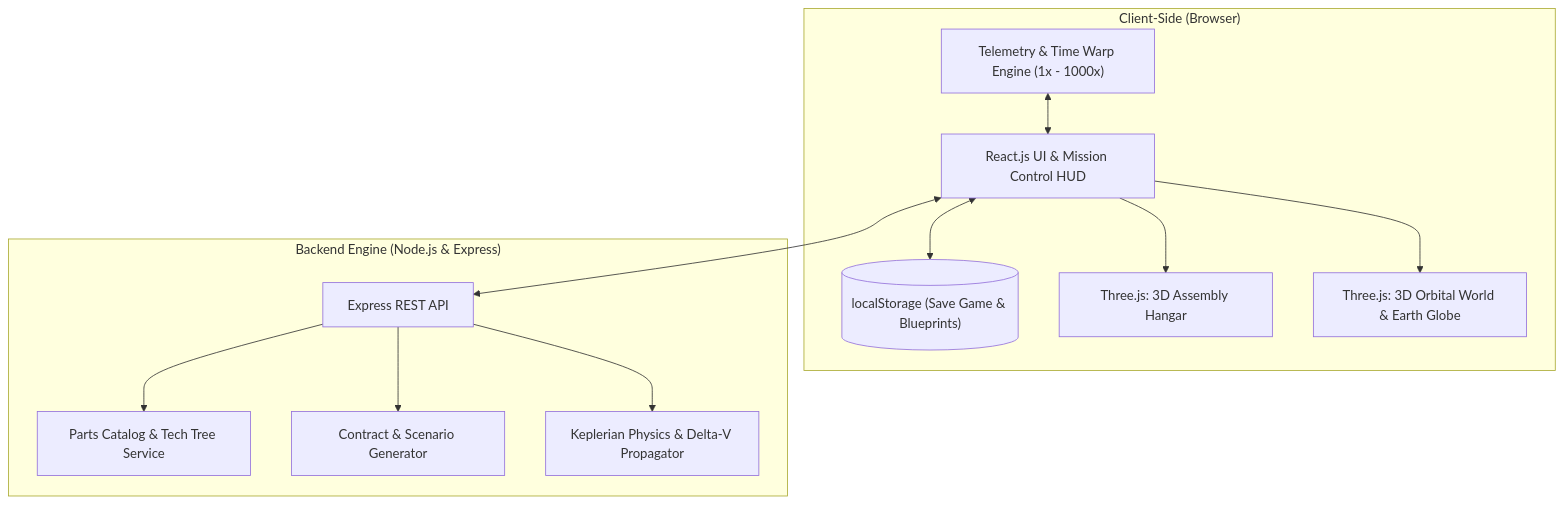
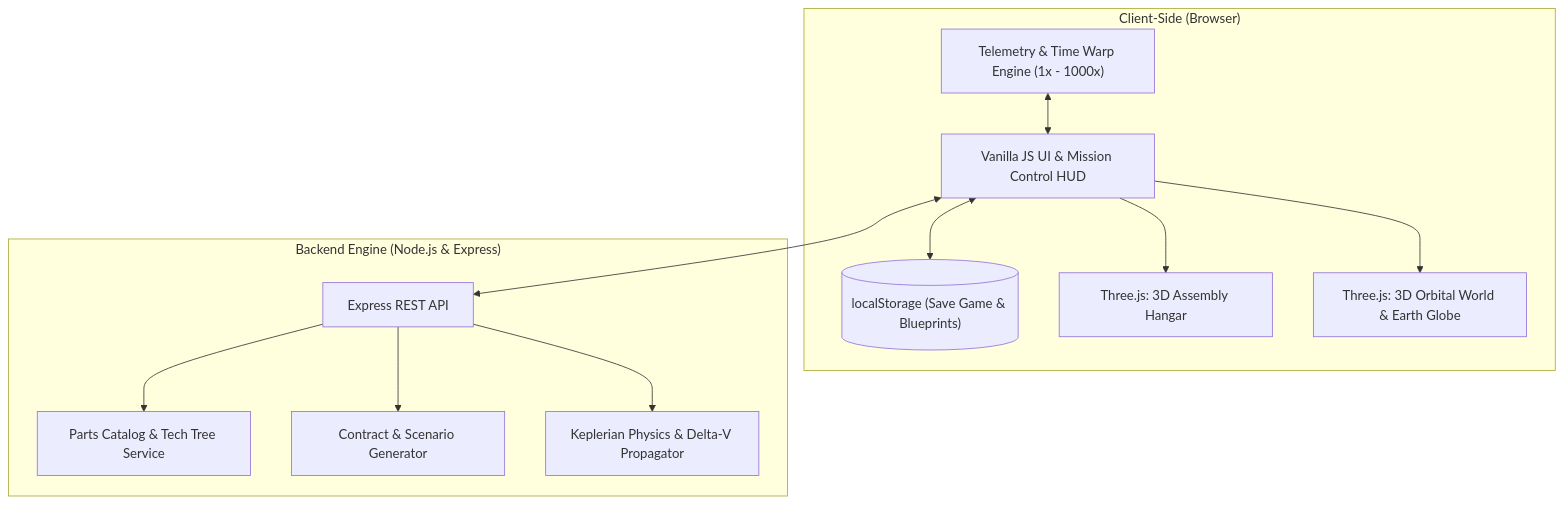
Before and after one commit to quo-jeric/mission-leo: the diagram in README.md, drawn with Mermaid. The commit also changed other lines of this file and 1 other file, not shown here.

Commit message:
docs(spec): migrate frontend architecture from React.js to Vanilla JS with ES modules

````diff
--- a/README.md
+++ b/README.md
@@ -38,26 +38,26 @@
 ```mermaid
 graph TD
     subgraph Client ["Client-Side (Browser)"]
-        UI["React.js UI & Mission Control HUD"]
+        UI["Vanilla JS UI & Mission Control HUD"]
         LocalStorage[("localStorage (Save Game & Blueprints)")]
         ThreeHangar["Three.js: 3D Assembly Hangar"]
         ThreeOrbit["Three.js: 3D Orbital World & Earth Globe"]
         SimLoop["Telemetry & Time Warp Engine (1x - 1000x)"]
     end
 
     subgraph Backend ["Backend Engine (Node.js & Express)"]
         Router["Express REST API"]
         CatalogService["Parts Catalog & Tech Tree Service"]
         MissionService["Contract & Scenario Generator"]
         PropagatorService["Keplerian Physics & Delta-V Propagator"]
     end
 
     UI <--> LocalStorage
     UI --> ThreeHangar
     UI --> ThreeOrbit
     SimLoop <--> UI
     UI <--> Router
     Router --> CatalogService
     Router --> MissionService
     Router --> PropagatorService
 ```
````
